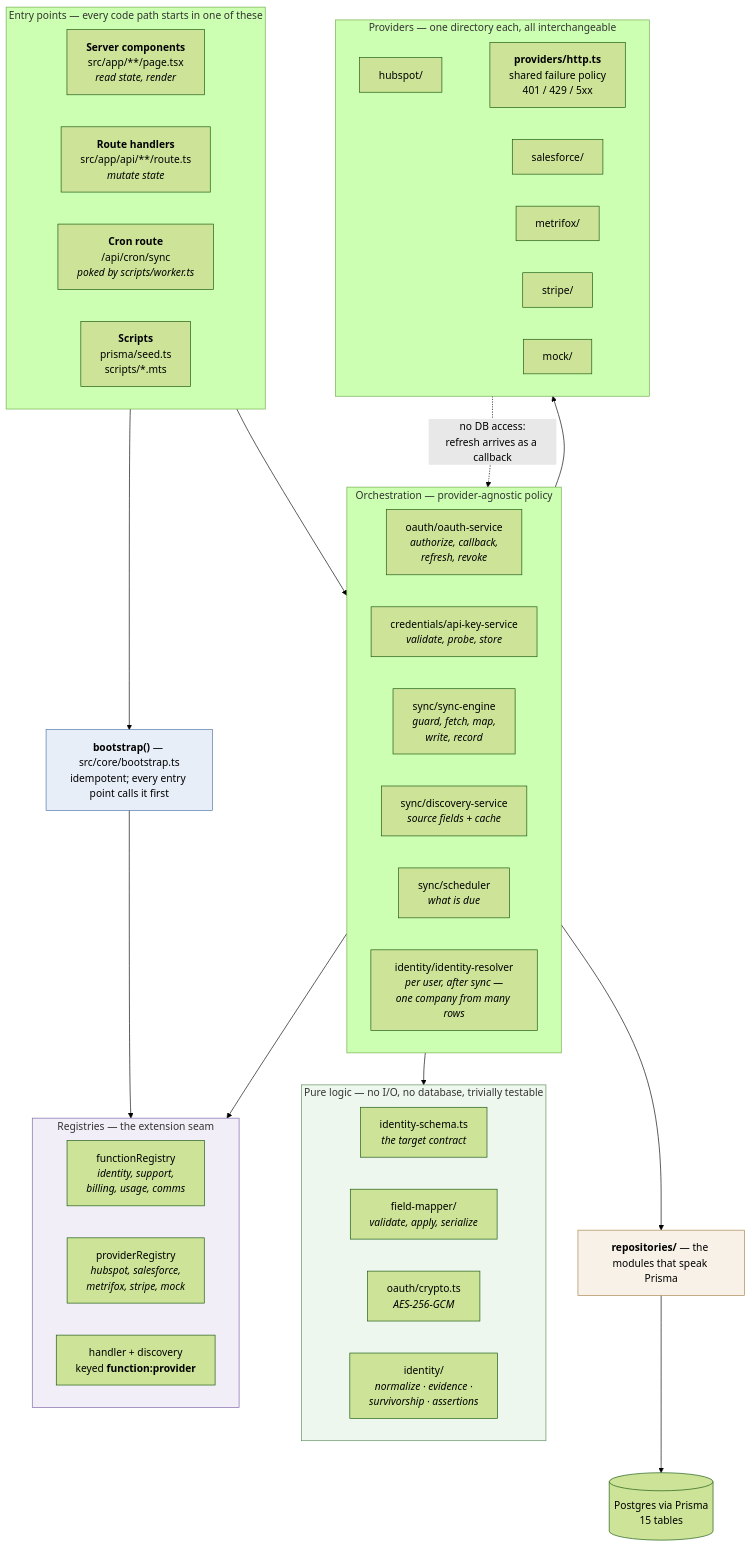
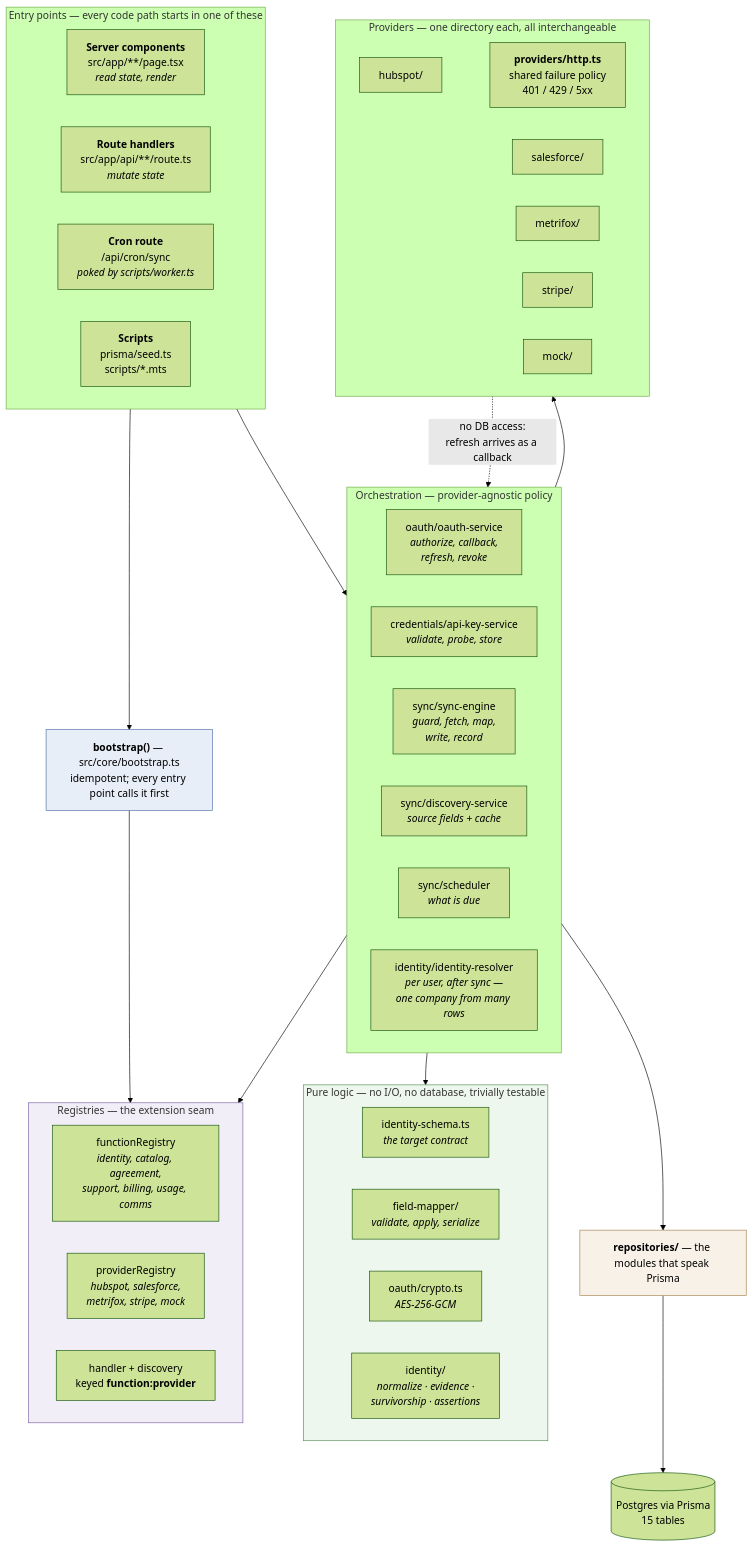
Before and after one commit to ajibade-ibrahim/Integration-Demo: the first of 9 diagrams in docs/architecture.md, drawn with Mermaid (forest theme). The commit also changed other lines of this file and 55 other files, not shown here.

````diff
--- a/docs/architecture.md
+++ b/docs/architecture.md
@@ -25,66 +25,66 @@
 ```mermaid
 flowchart TB
     subgraph entry["Entry points — every code path starts in one of these"]
         direction LR
         PAGES["<b>Server components</b><br/>src/app/**/page.tsx<br/><i>read state, render</i>"]
         ROUTES["<b>Route handlers</b><br/>src/app/api/**/route.ts<br/><i>mutate state</i>"]
         CRONR["<b>Cron route</b><br/>/api/cron/sync<br/><i>poked by scripts/worker.ts</i>"]
         SCRIPTS["<b>Scripts</b><br/>prisma/seed.ts<br/>scripts/*.mts"]
     end
 
     BOOT["<b>bootstrap()</b> — src/core/bootstrap.ts<br/>idempotent; every entry point calls it first"]
 
     subgraph registries["Registries — the extension seam"]
         direction LR
-        FREG["functionRegistry<br/><i>identity, support,<br/>billing, usage, comms</i>"]
+        FREG["functionRegistry<br/><i>identity, catalog, agreement,<br/>support, billing, usage, comms</i>"]
         PREG["providerRegistry<br/><i>hubspot, salesforce,<br/>metrifox, stripe, mock</i>"]
         HREG["handler + discovery<br/>keyed <b>function:provider</b>"]
     end
 
     subgraph services["Orchestration — provider-agnostic policy"]
         direction LR
         OAUTHS["oauth/oauth-service<br/><i>authorize, callback,<br/>refresh, revoke</i>"]
         KEYS["credentials/api-key-service<br/><i>validate, probe, store</i>"]
         ENGINE["sync/sync-engine<br/><i>guard, fetch, map,<br/>write, record</i>"]
         DISCO["sync/discovery-service<br/><i>source fields + cache</i>"]
         SCHED["sync/scheduler<br/><i>what is due</i>"]
         RESOLVE["identity/identity-resolver<br/><i>per user, after sync —<br/>one company from many rows</i>"]
     end
 
     subgraph pure["Pure logic — no I/O, no database, trivially testable"]
         direction LR
         SCHEMA["identity-schema.ts<br/><i>the target contract</i>"]
         MAPPER["field-mapper/<br/><i>validate, apply, serialize</i>"]
         CRYPTO["oauth/crypto.ts<br/><i>AES-256-GCM</i>"]
         IDENT["identity/<br/><i>normalize · evidence ·<br/>survivorship · assertions</i>"]
     end
 
     subgraph provs["Providers — one directory each, all interchangeable"]
         direction LR
         HS["hubspot/"]
         SF["salesforce/"]
         MF["metrifox/"]
         ST["stripe/"]
         MK["mock/"]
         HTTP["<b>providers/http.ts</b><br/>shared failure policy<br/>401 / 429 / 5xx"]
     end
 
     REPOS["<b>repositories/</b> — the modules that speak Prisma"]
     DB[("Postgres via Prisma<br/>15 tables")]
 
     entry --> BOOT
     BOOT --> registries
     entry --> services
     services --> registries
     services --> pure
     services --> provs
     provs --> HTTP
     services --> REPOS
     provs -.->|"no DB access:<br/>refresh arrives as a callback"| services
     REPOS --> DB
 
     style BOOT fill:#e8eef7,stroke:#4a6fa5
     style registries fill:#f2eef7,stroke:#7a5fa5
     style pure fill:#eef7ee,stroke:#5a8a5a
     style REPOS fill:#f7f1e8,stroke:#a5824a
 ```
````
